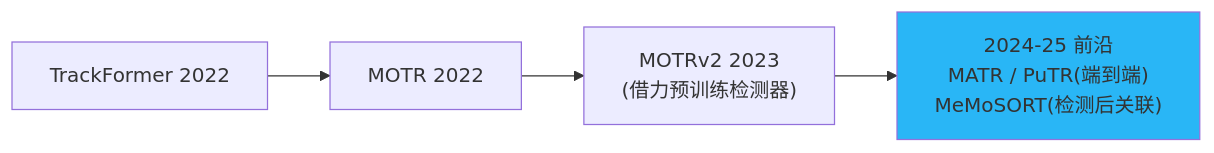
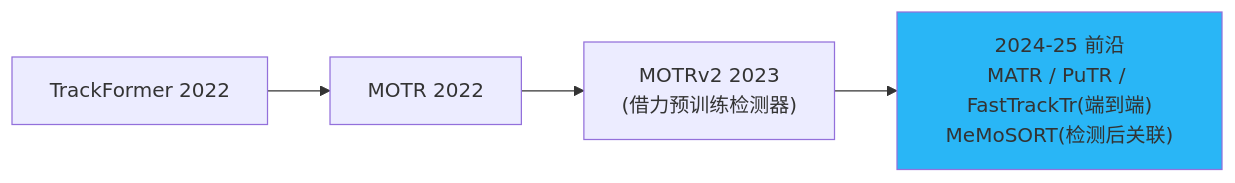
Before and after one commit to yyq19990828/onnxtools: the fifth of 5 diagrams in docs/guides/tracking/transformer-mot.md, drawn with Mermaid. The commit also changed other lines of this file and 7 other files, not shown here.

````diff
--- a/docs/guides/tracking/transformer-mot.md
+++ b/docs/guides/tracking/transformer-mot.md
@@ -102,7 +102,7 @@
 ```mermaid
 graph LR
     TF["TrackFormer 2022"] --> MOTR["MOTR 2022"]
     MOTR --> MOTR2["MOTRv2 2023<br/>(借力预训练检测器)"]
-    MOTR2 --> FRONT["2024-25 前沿<br/>MATR / PuTR(端到端)<br/>MeMoSORT(检测后关联)"]
+    MOTR2 --> FRONT["2024-25 前沿<br/>MATR / PuTR / FastTrackTr(端到端)<br/>MeMoSORT(检测后关联)"]
     style FRONT fill:#29b6f6
 ```
````
